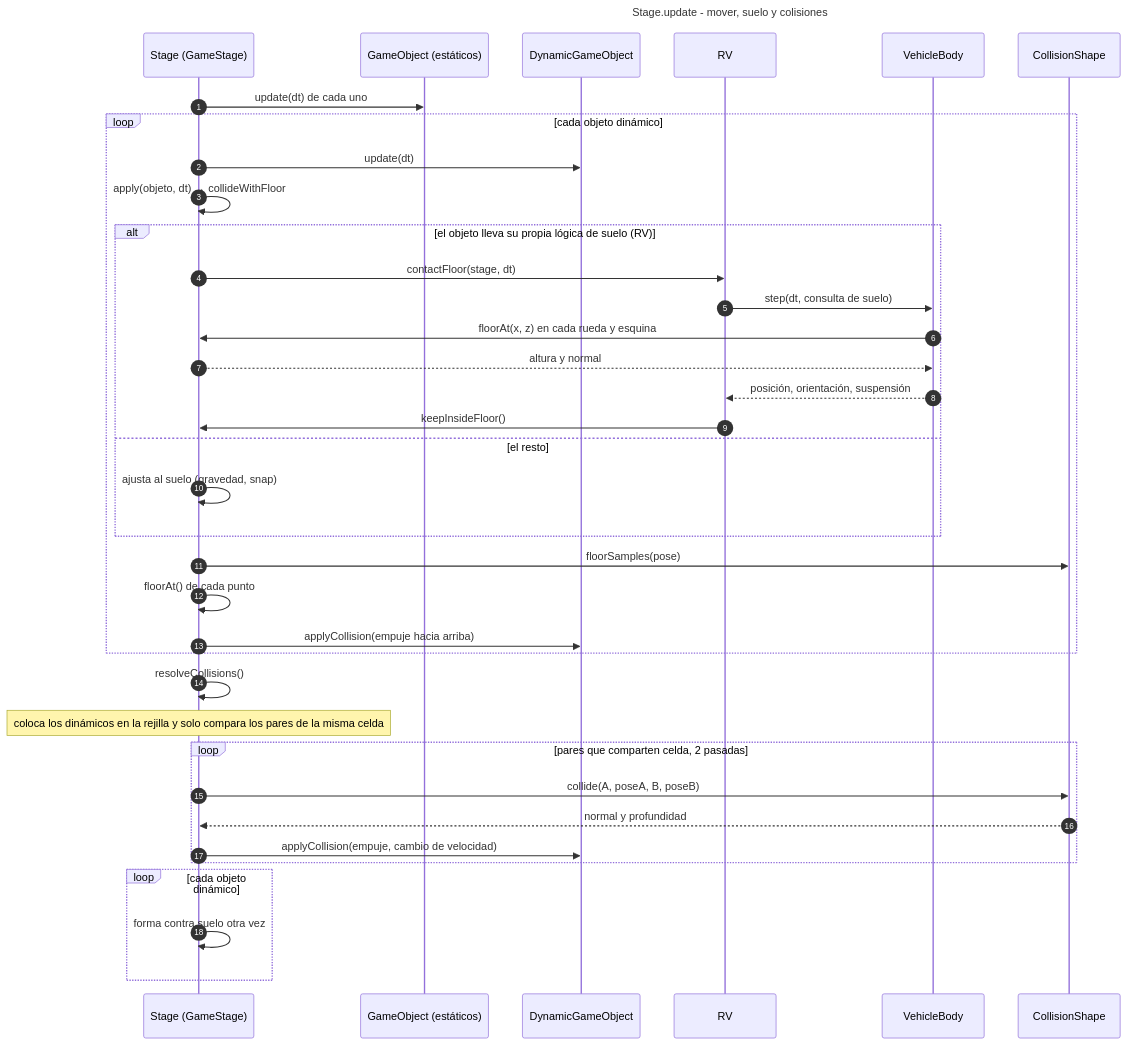
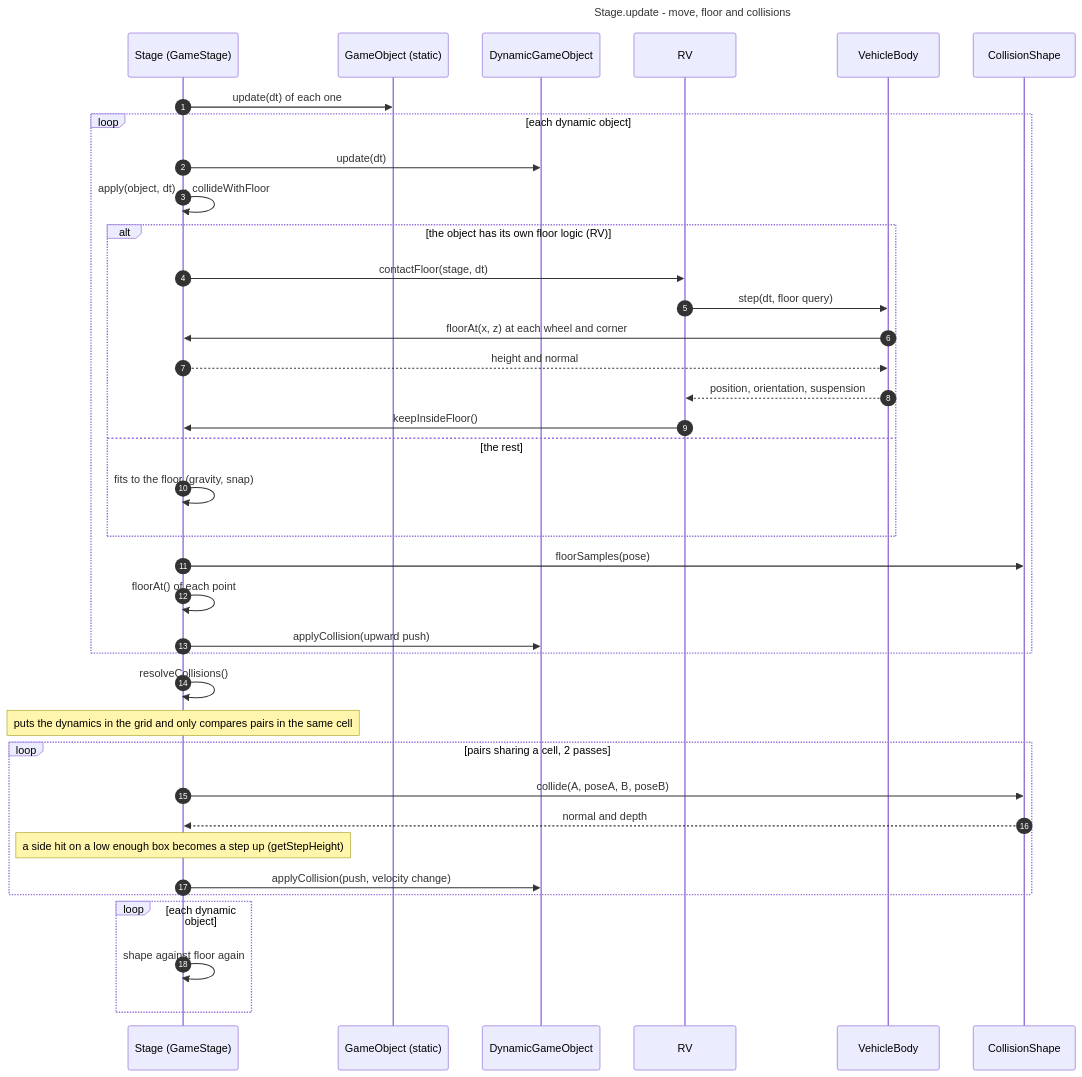
The tenth of 12 diagrams in docs/UML.md (Joselitus/3Dengine), drawn with Mermaid before and after one commit. The commit also changed other lines of this file and 7 other files, not shown here.

````diff
--- a/docs/UML.md
+++ b/docs/UML.md
@@ -1247,42 +1512,43 @@
 ```mermaid
 ---
-title: Stage.update - mover, suelo y colisiones
+title: Stage.update - move, floor and collisions
 ---
 sequenceDiagram
     autonumber
     participant S as Stage (GameStage)
-    participant O as GameObject (estáticos)
+    participant O as GameObject (static)
     participant D as DynamicGameObject
     participant R as RV
     participant V as VehicleBody
     participant X as CollisionShape
 
-    S->>O: update(dt) de cada uno
-    loop cada objeto dinámico
+    S->>O: update(dt) of each one
+    loop each dynamic object
         S->>D: update(dt)
-        S->>S: apply(objeto, dt) → collideWithFloor
-        alt el objeto lleva su propia lógica de suelo (RV)
+        S->>S: apply(object, dt) → collideWithFloor
+        alt the object has its own floor logic (RV)
             S->>R: contactFloor(stage, dt)
-            R->>V: step(dt, consulta de suelo)
-            V->>S: floorAt(x, z) en cada rueda y esquina
-            S-->>V: altura y normal
-            V-->>R: posición, orientación, suspensión
+            R->>V: step(dt, floor query)
+            V->>S: floorAt(x, z) at each wheel and corner
+            S-->>V: height and normal
+            V-->>R: position, orientation, suspension
             R->>S: keepInsideFloor()
-        else el resto
-            S->>S: ajusta al suelo (gravedad, snap)
+        else the rest
+            S->>S: fits to the floor (gravity, snap)
         end
         S->>X: floorSamples(pose)
-        S->>S: floorAt() de cada punto
-        S->>D: applyCollision(empuje hacia arriba)
+        S->>S: floorAt() of each point
+        S->>D: applyCollision(upward push)
     end
     S->>S: resolveCollisions()
-    Note over S: coloca los dinámicos en la rejilla y solo compara los pares de la misma celda
-    loop pares que comparten celda, 2 pasadas
+    Note over S: puts the dynamics in the grid and only compares pairs in the same cell
+    loop pairs sharing a cell, 2 passes
         S->>X: collide(A, poseA, B, poseB)
-        X-->>S: normal y profundidad
-        S->>D: applyCollision(empuje, cambio de velocidad)
+        X-->>S: normal and depth
+        Note over S: a side hit on a low enough box becomes a step up (getStepHeight)
+        S->>D: applyCollision(push, velocity change)
     end
-    loop cada objeto dinámico
-        S->>S: forma contra suelo otra vez
+    loop each dynamic object
+        S->>S: shape against floor again
     end
 ```
````
